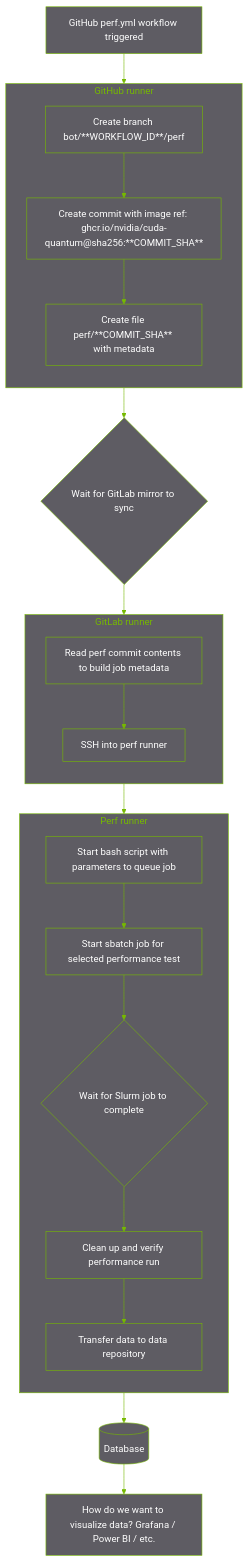
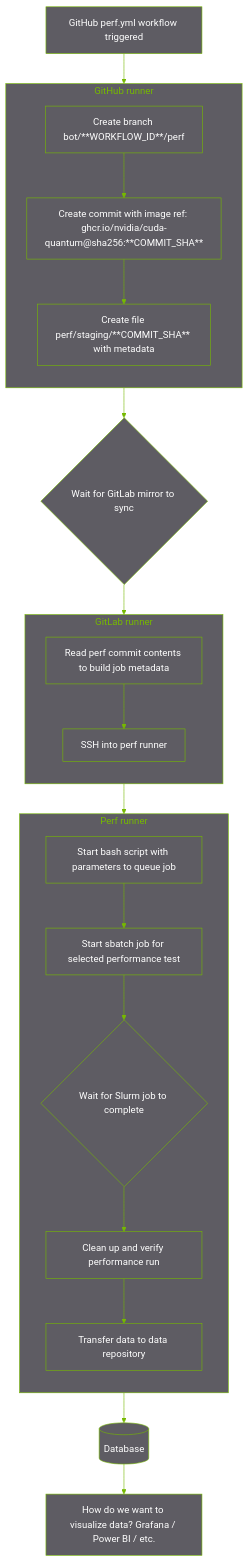
One commit to mitchdz/cuda-quantum changed the diagram in README.md. Above: the diagram before and after it, drawn with Mermaid. The commit also changed other lines of this file, not shown here.

Commit message:
use perf/staging/COMMIT_ID

````diff
--- a/README.md
+++ b/README.md
@@ -6,60 +6,60 @@
 ```mermaid
 ---
 config:
   theme: 'base'
   themeVariables:
     primaryColor: '#ffffffff'
     primaryTextColor: '#ffffffff'
     primaryBorderColor: '#76B900'
     lineColor: '#76B900'
     clusterBkg: '#5e5c63'
     clusterBorder: '#76B900'
     mainBkg: '#5e5c63'
     titleColor: '#76B900'
 ---
 flowchart TD
     GitHub[GitHub perf.yml workflow triggered]
 
     subgraph GitHubRunner["GitHub runner"]
         direction TB
         Workflow["Create branch bot/**WORKFLOW_ID**/perf"]
         Commit["Create commit with image ref: ghcr.io/nvidia/cuda-quantum@sha256:**COMMIT_SHA**"]
-        Contents["Create file perf/**COMMIT_SHA** with metadata"]
+        Contents["Create file perf/staging/**COMMIT_SHA** with metadata"]
 
         Workflow --> Commit --> Contents
     end
 
     GitHub --> GitHubRunner
 
     WaitGitLab{Wait for GitLab mirror to sync}
 
     GitHubRunner --> WaitGitLab
 
     subgraph GitLabRunner["GitLab runner"]
         direction TB
         Prepare["Read perf commit contents to build job metadata"]
         SSH["SSH into perf runner"]
 
         Prepare --> SSH
     end
 
     WaitGitLab --> GitLabRunner
 
     subgraph PerfRunner["Perf runner"]
         direction TB
         Bash["Start bash script with parameters to queue job"]
         Slurm["Start sbatch job for selected performance test"]
         WaitSlurm{Wait for Slurm job to complete}
         Cleanup["Clean up and verify performance run"]
         Finalize["Transfer data to data repository"]
 
         Bash --> Slurm --> WaitSlurm --> Cleanup --> Finalize
     end
 
     GitLabRunner --> PerfRunner
 
     Database[(Database)]
     Visualize["How do we want to visualize data? Grafana / Power BI / etc."]
 
     PerfRunner --> Database --> Visualize
 ```
````
